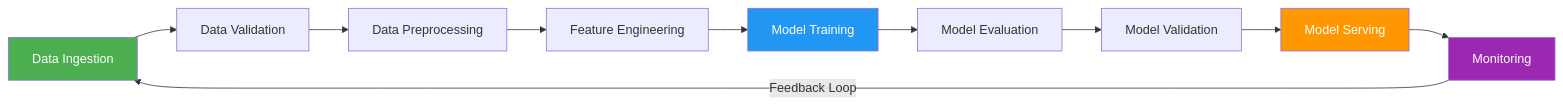
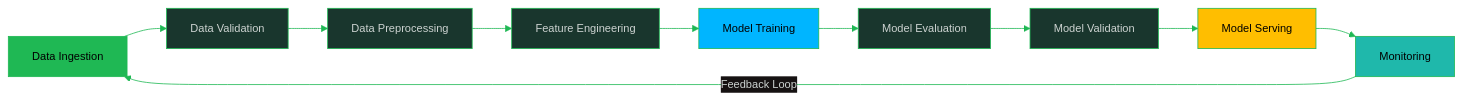
Before and after one commit to oat431/swe-knowledge: the first of 5 diagrams in computing-foundation-note/Artificial_Intelligence/09_AI_SE_Intersection.md, drawn with Mermaid. The commit also changed other lines of this file and 139 other files, not shown here.

````diff
--- a/computing-foundation-note/Artificial_Intelligence/09_AI_SE_Intersection.md
+++ b/computing-foundation-note/Artificial_Intelligence/09_AI_SE_Intersection.md
@@ -266,17 +266,18 @@
 ```mermaid
+%%{init: {'theme':'base','themeVariables':{'primaryColor':'#19362D','primaryTextColor':'#CDD3D1','primaryBorderColor':'#1FB854','lineColor':'#1FB854','secondaryColor':'#161212','tertiaryColor':'#1B1717','background':'#1B1717','mainBkg':'#19362D','nodeBorder':'#1FB854','clusterBkg':'#161212','clusterBorder':'#19362D','titleColor':'#1FB854','edgeLabelBackground':'#161212','fontSize':'14px'}}}%%
 flowchart LR
     INGEST[Data Ingestion] --> VALIDATE[Data Validation]
     VALIDATE --> PREPROCESS[Data Preprocessing]
     PREPROCESS --> FEATURES[Feature Engineering]
     FEATURES --> TRAIN[Model Training]
     TRAIN --> EVAL[Model Evaluation]
     EVAL --> MODEL_VALID[Model Validation]
     MODEL_VALID --> SERVE[Model Serving]
     SERVE --> MONITOR[Monitoring]
     MONITOR -->|Feedback Loop| INGEST
 
-    style INGEST fill:#4CAF50,color:#fff
-    style TRAIN fill:#2196F3,color:#fff
-    style SERVE fill:#FF9800,color:#fff
-    style MONITOR fill:#9C27B0,color:#fff
+    style INGEST fill:#1FB854,color:#000000
+    style TRAIN fill:#00B5FF,color:#000000
+    style SERVE fill:#FFBE00,color:#000000
+    style MONITOR fill:#1FB8AB,color:#000000
 ```
````
